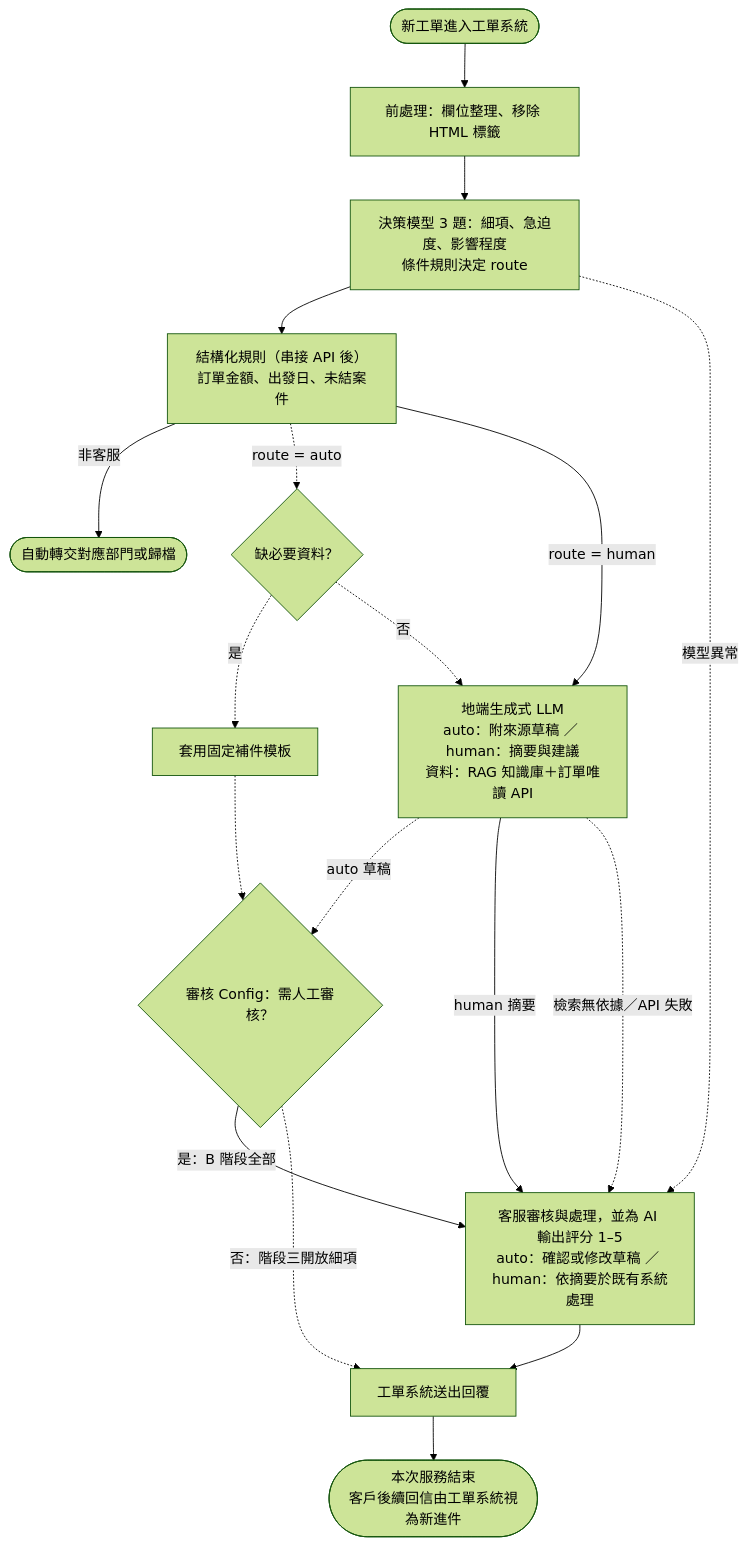
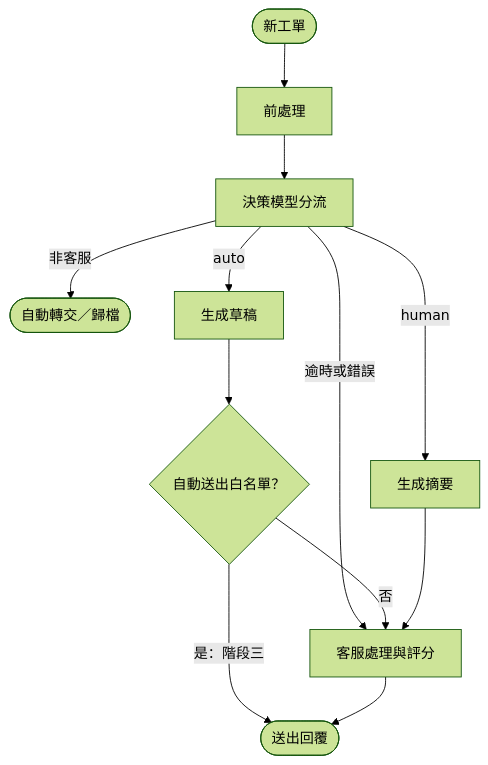
One commit to tarohuang1999-droid/ai-customer-service-assessment changed the diagram in answers.md. Above: the diagram before and after it, drawn with Mermaid (forest theme). The commit also changed other lines of this file, not shown here.

First line of the commit message:
docs(answers): simplified Q3 diagram with block notes and deferred blocks; reason_code in log; FRT metric; Q5 conclusion-first; AI usage

````diff
--- a/answers.md
+++ b/answers.md
@@ -186,22 +186,14 @@
 ```mermaid
 flowchart TD
-    Start([新工單進入工單系統]) --> Prep[前處理：欄位整理、移除 HTML 標籤]
-    Prep --> Triage[決策模型 3 題：細項、急迫度、影響程度<br>條件規則決定 route]
-    Triage --> Rule[結構化規則（串接 API 後）<br>訂單金額、出發日、未結案件]
-    Rule -->|非客服| Spam([自動轉交對應部門或歸檔])
-    Rule -.->|route = auto| Missing{缺必要資料？}
-    Rule -->|route = human| Gen
-    Missing -.->|是| Tpl[套用固定補件模板]
-    Missing -.->|否| Gen[地端生成式 LLM<br>auto：附來源草稿 ／ human：摘要與建議<br>資料：RAG 知識庫＋訂單唯讀 API]
-
-    Tpl -.-> Review{審核 Config：需人工審核？}
-    Gen -.->|auto 草稿| Review
-    Gen -->|human 摘要| CS
-    Review -->|是：B 階段全部| CS[客服審核與處理，並為 AI 輸出評分 1–5<br>auto：確認或修改草稿 ／ human：依摘要於既有系統處理]
-    Triage -. 模型異常 .-> CS
-    Gen -. 檢索無依據／API 失敗 .-> CS
-
-    Review -.->|否：階段三開放細項| Send[工單系統送出回覆]
-    CS --> Send
-    Send --> Done([本次服務結束<br>客戶後續回信由工單系統視為新進件])
+    In([新工單]) --> Pre[前處理]
+    Pre --> M[決策模型分流]
+    M -->|逾時或錯誤| CS
+    M -->|非客服| F([自動轉交／歸檔])
+    M -->|auto| D[生成草稿]
+    M -->|human| S[生成摘要]
+    D --> W{自動送出白名單？}
+    W -->|是：階段三| Out([送出回覆])
+    W -->|否| CS[客服處理與評分]
+    S --> CS
+    CS --> Out
 ```
````
